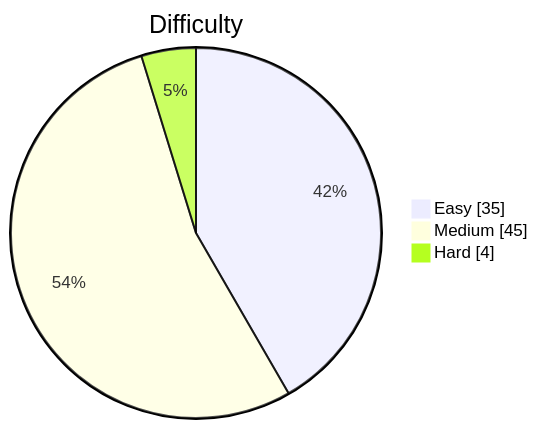
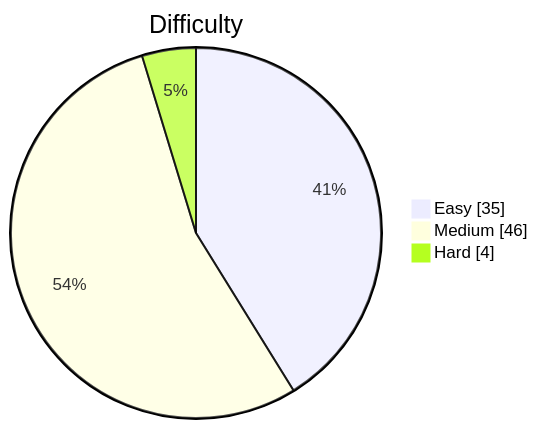
The diagram in README.md (kevstevie/python-algo-practice), drawn with Mermaid before and after one commit. The commit also changed other lines of this file, not shown here.

````diff
--- a/README.md
+++ b/README.md
@@ -13,7 +13,7 @@
 ```mermaid
 pie showData
     title Difficulty
     "Easy"   : 35
-    "Medium" : 45
+    "Medium" : 46
     "Hard"   : 4
 ```
````
